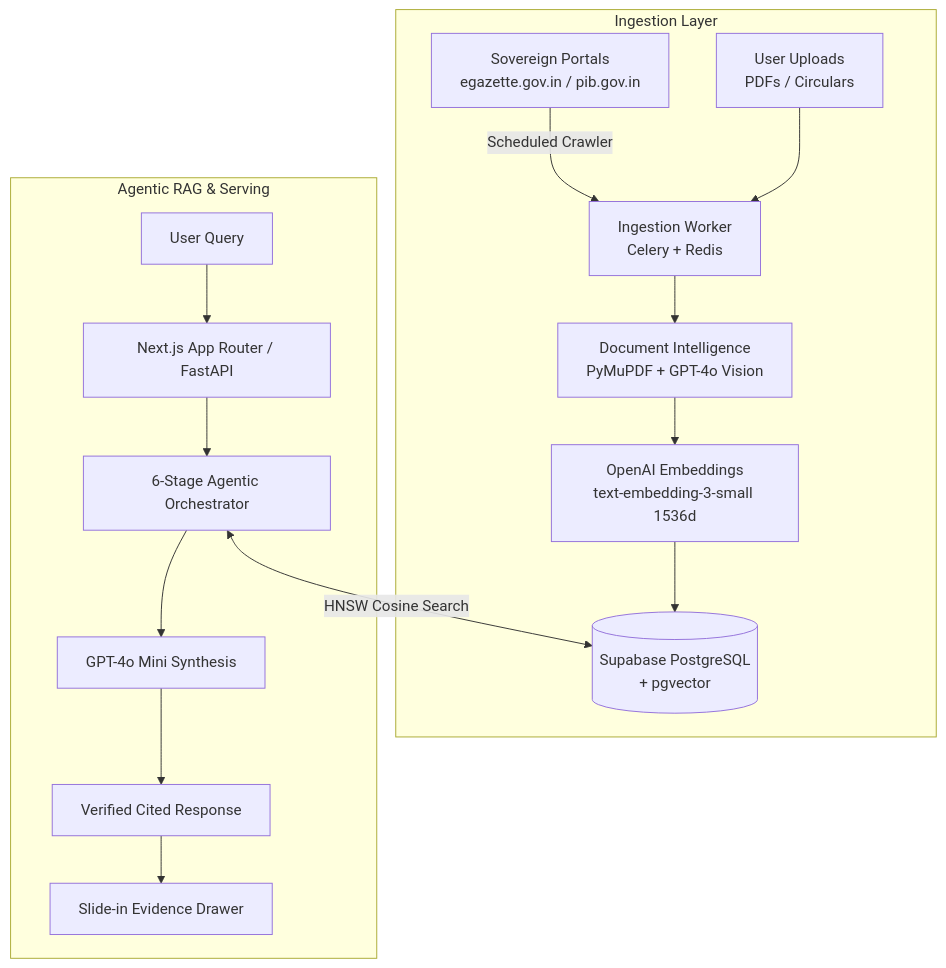
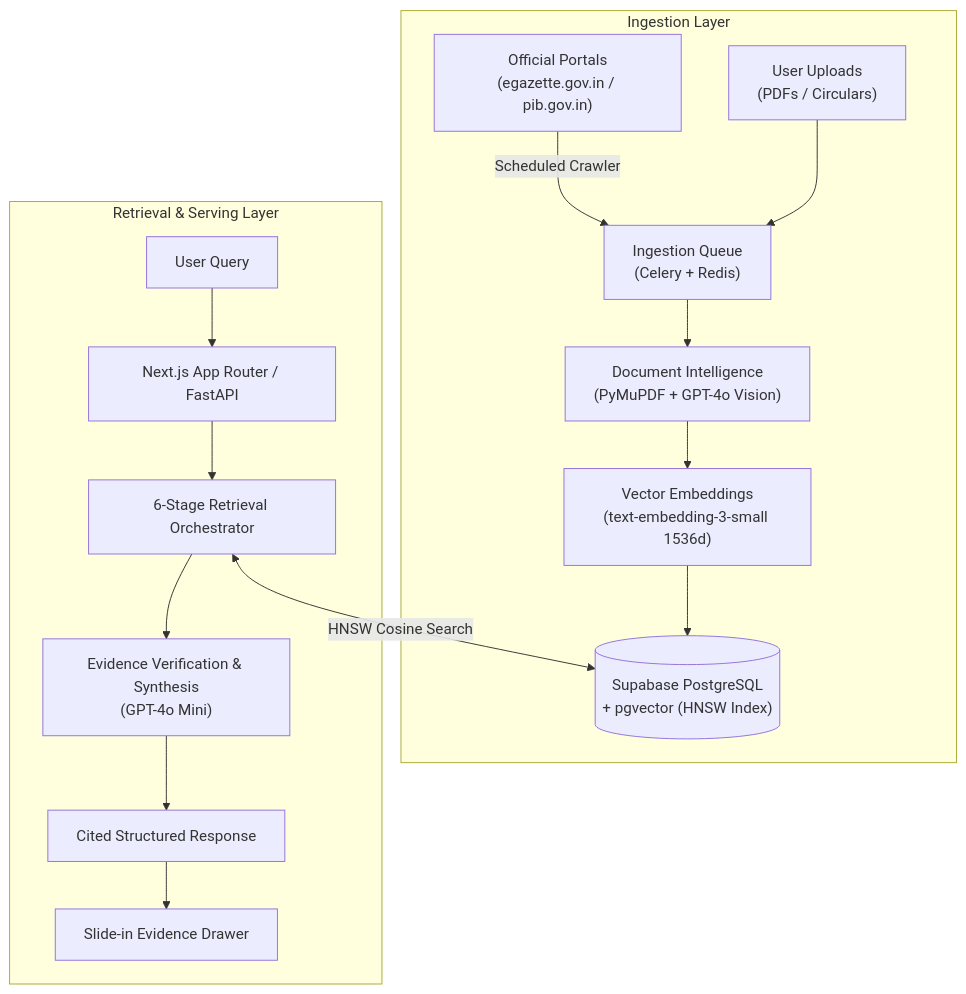
The diagram in README.md (JayBhandarkar/kurukshetra_2), drawn with Mermaid before and after one commit. The commit also changed other lines of this file, not shown here.

Commit message:
docs: comprehensive professional documentation and architecture overview in README

````diff
--- a/README.md
+++ b/README.md
@@ -46,19 +74,19 @@
 ```mermaid
 flowchart TB
     subgraph Ingestion Layer
-        A[Sovereign Portals\negazette.gov.in / pib.gov.in] -->|Scheduled Crawler| B[Ingestion Worker\nCelery + Redis]
-        U[User Uploads\nPDFs / Circulars] --> B
-        B --> C[Document Intelligence\nPyMuPDF + GPT-4o Vision]
-        C --> D[OpenAI Embeddings\ntext-embedding-3-small 1536d]
-        D --> E[(Supabase PostgreSQL\n+ pgvector)]
+        A["Official Portals\n(egazette.gov.in / pib.gov.in)"] -->|Scheduled Crawler| B["Ingestion Queue\n(Celery + Redis)"]
+        U["User Uploads\n(PDFs / Circulars)"] --> B
+        B --> C["Document Intelligence\n(PyMuPDF + GPT-4o Vision)"]
+        C --> D["Vector Embeddings\n(text-embedding-3-small 1536d)"]
+        D --> E[("Supabase PostgreSQL\n+ pgvector (HNSW Index)")]
     end
 
-    subgraph Agentic RAG & Serving
-        Q[User Query] --> F[Next.js App Router / FastAPI]
-        F --> G[6-Stage Agentic Orchestrator]
+    subgraph Retrieval & Serving Layer
+        Q["User Query"] --> F["Next.js App Router / FastAPI"]
+        F --> G["6-Stage Retrieval Orchestrator"]
         G <-->|HNSW Cosine Search| E
-        G --> H[GPT-4o Mini Synthesis]
-        H --> I[Verified Cited Response]
-        I --> J[Slide-in Evidence Drawer]
+        G --> H["Evidence Verification & Synthesis\n(GPT-4o Mini)"]
+        H --> I["Cited Structured Response"]
+        I --> J["Slide-in Evidence Drawer"]
     end
 ```
````
